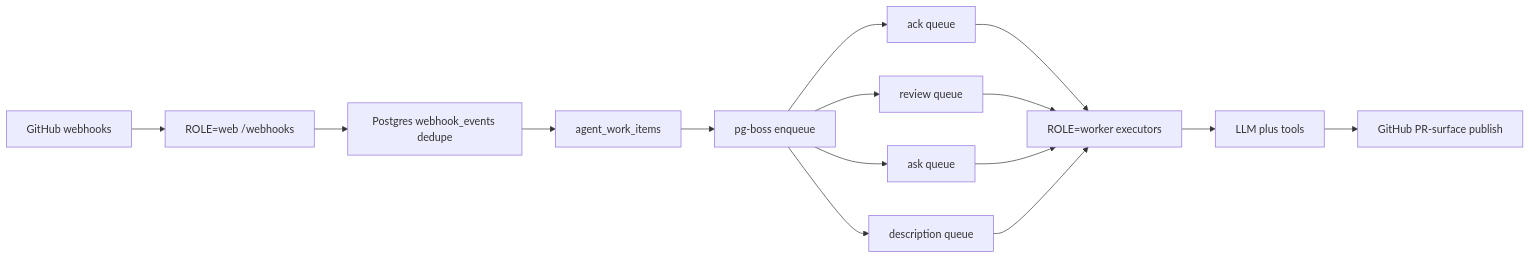
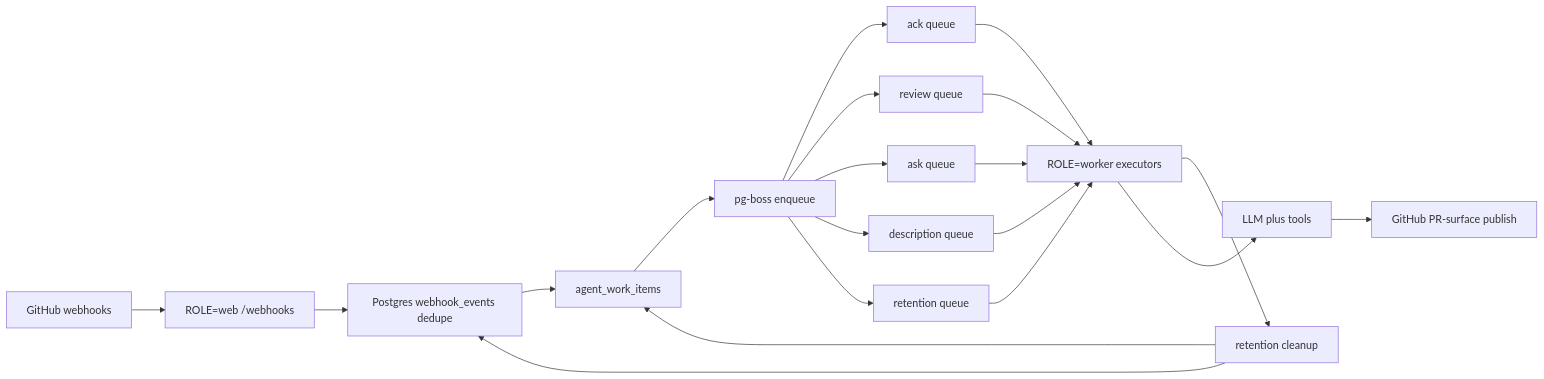
One commit to prathamdby/pr-agent changed the diagram in README.md. Above: the diagram before and after it, drawn with Mermaid. The commit also changed other lines of this file and 10 other files, not shown here.

First line of the commit message:
perf: tune retention cleanup path

````diff
--- a/README.md
+++ b/README.md
@@ -205,17 +205,22 @@
 ```mermaid
 flowchart LR
   GitHub[GitHub webhooks] --> Web["ROLE=web /webhooks"]
   Web --> Dedupe[Postgres webhook_events dedupe]
   Dedupe --> Items[agent_work_items]
   Items --> Boss[pg-boss enqueue]
   Boss --> AckQ[ack queue]
   Boss --> RevQ[review queue]
   Boss --> AskQ[ask queue]
   Boss --> DescQ[description queue]
+  Boss --> RetQ[retention queue]
   AckQ --> Worker["ROLE=worker executors"]
   RevQ --> Worker
   AskQ --> Worker
   DescQ --> Worker
+  RetQ --> Worker
+  Worker --> Retention[retention cleanup]
+  Retention --> Dedupe
+  Retention --> Items
   Worker --> LLM[LLM plus tools]
   LLM --> Publish[GitHub PR-surface publish]
 ```
````
